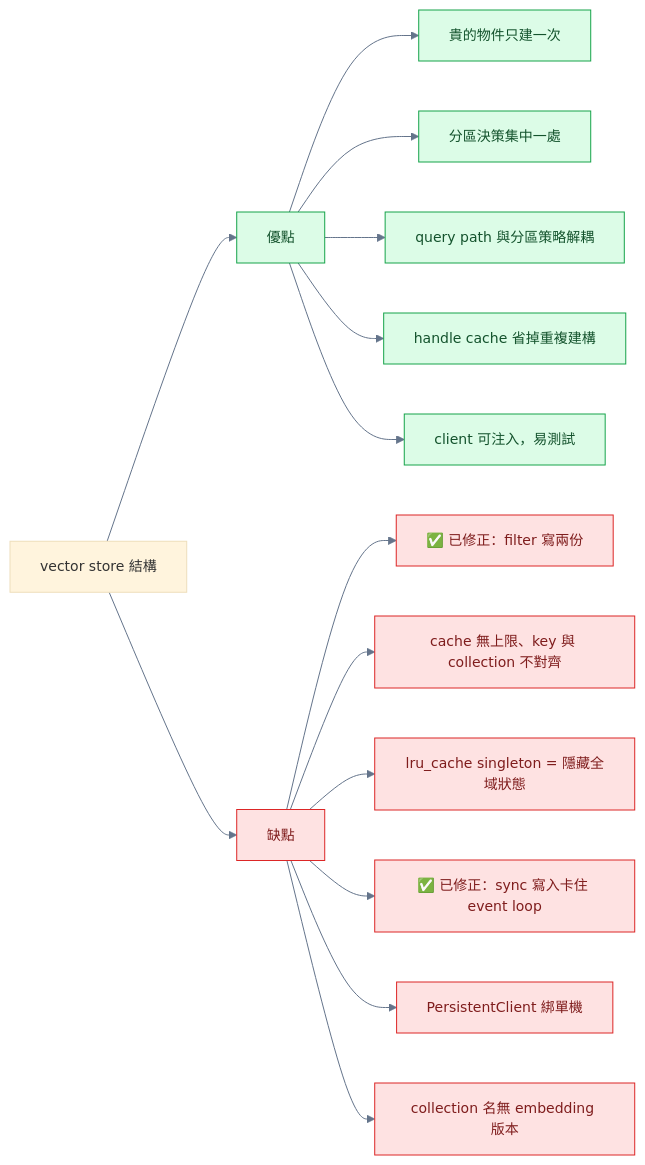
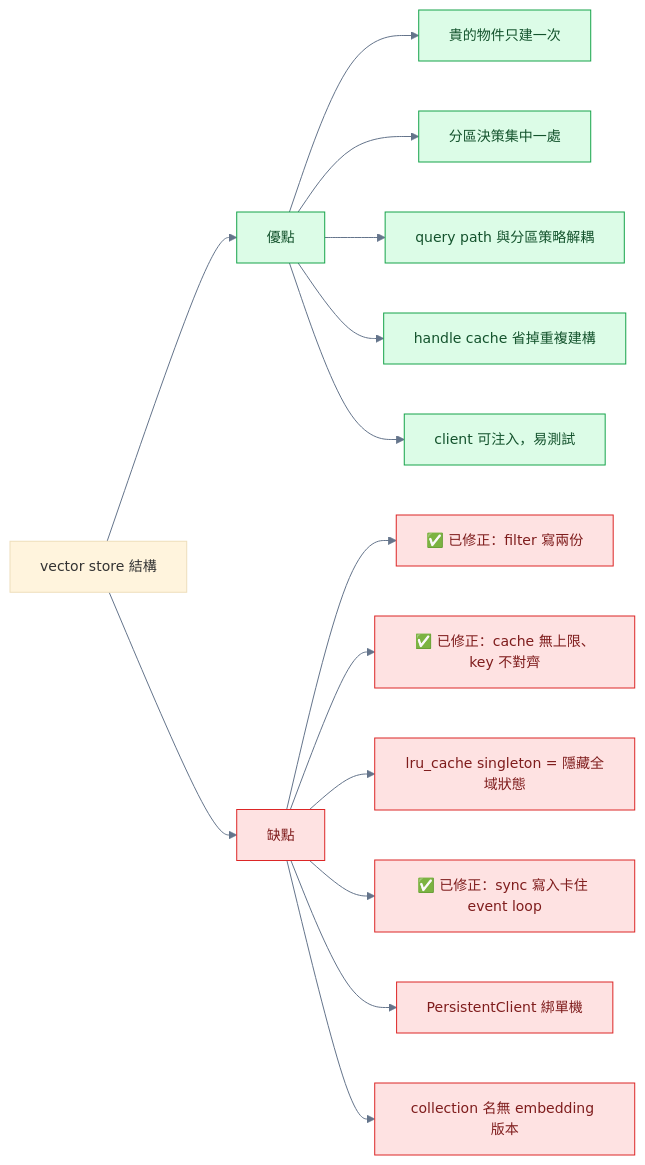
One commit to jltz1207/LoginFastapi changed the fifth of 9 diagrams in docs/vectorstore/vectorstore-retriever-structure-20261009.md. Above: the diagram before and after it, drawn with Mermaid. The commit also changed other lines of this file and 5 other files, not shown here.

Commit message:
refactor vector store: bound collection cache and key it by real name (Phase 3)

````diff
--- a/docs/vectorstore/vectorstore-retriever-structure-20261009.md
+++ b/docs/vectorstore/vectorstore-retriever-structure-20261009.md
@@ -176,23 +178,23 @@
 ```mermaid
 %%{init: {'theme': 'base', 'themeVariables': {'fontSize': '14px', 'lineColor': '#64748b'}}}%%
 flowchart LR
     S["vector store 結構"]
     S --> P["優點"]
     S --> C["缺點"]
     P --> P1["貴的物件只建一次"]
     P --> P2["分區決策集中一處"]
     P --> P3["query path 與分區策略解耦"]
     P --> P4["handle cache 省掉重複建構"]
     P --> P5["client 可注入，易測試"]
     C --> C1["✅ 已修正：filter 寫兩份"]
-    C --> C2["cache 無上限、key 與 collection 不對齊"]
+    C --> C2["✅ 已修正：cache 無上限、key 不對齊"]
     C --> C3["lru_cache singleton = 隱藏全域狀態"]
     C --> C4["✅ 已修正：sync 寫入卡住 event loop"]
     C --> C5["PersistentClient 綁單機"]
     C --> C6["collection 名無 embedding 版本"]
 
     classDef pro fill:#dcfce7,stroke:#16a34a,color:#14532d
     classDef con fill:#fee2e2,stroke:#dc2626,color:#7f1d1d
     class P,P1,P2,P3,P4,P5 pro
     class C,C1,C2,C3,C4,C5,C6 con
 ```
````
